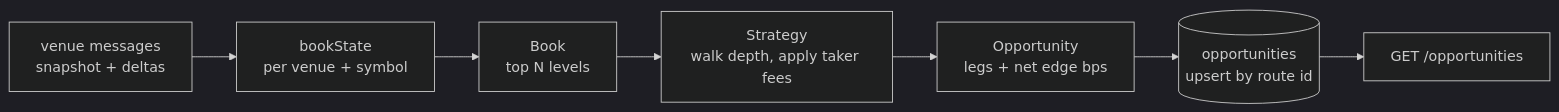
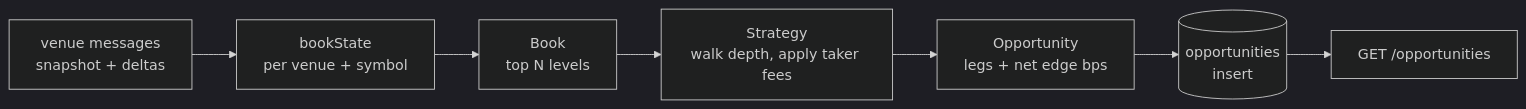
One commit to RDowse/arb-scanner changed the second of 2 diagrams in README.md. Above: the diagram before and after it, drawn with Mermaid (dark theme). The commit also changed other lines of this file, not shown here.

````diff
--- a/README.md
+++ b/README.md
@@ -91,9 +99,9 @@
 ```mermaid
 flowchart LR
     MSG["venue messages<br/>snapshot + deltas"] --> BS["bookState<br/>per venue + symbol"]
     BS --> BK["Book<br/>top N levels"]
     BK --> ST["Strategy<br/>walk depth, apply taker fees"]
     ST --> OPP["Opportunity<br/>legs + net edge bps"]
-    OPP --> PG[("opportunities<br/>upsert by route id")]
+    OPP --> PG[("opportunities<br/>insert")]
     PG --> HTTP["GET /opportunities"]
 ```
````
